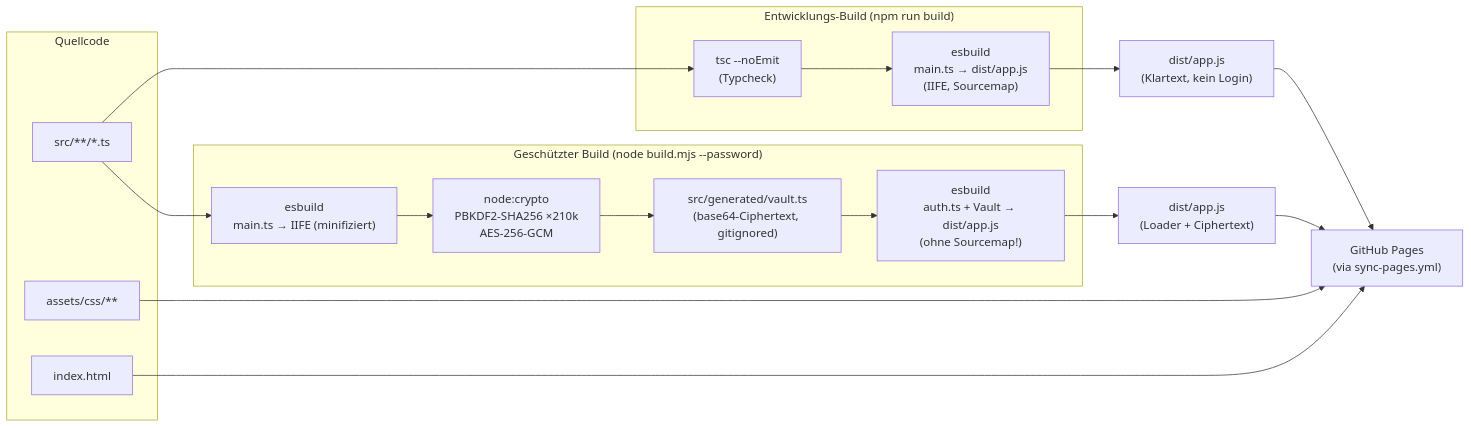
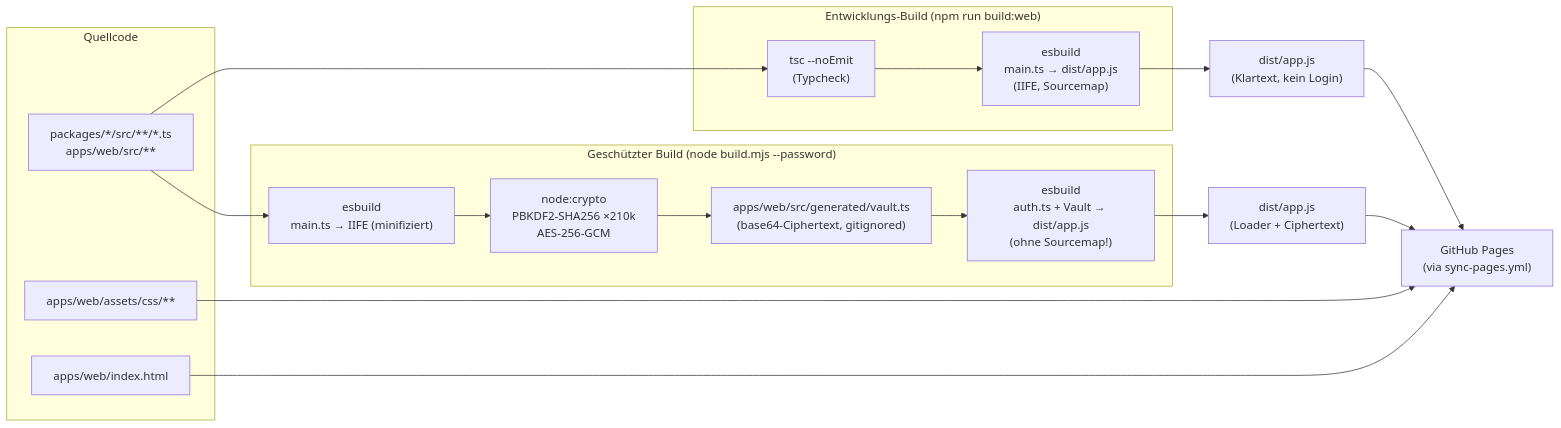
The second of 5 diagrams in docs/ARCHITECTURE.md (MaxHambi/Lager-etiket), drawn with Mermaid before and after one commit. The commit also changed other lines of this file and 77 other files, not shown here.

````diff
--- a/docs/ARCHITECTURE.md
+++ b/docs/ARCHITECTURE.md
@@ -103,34 +104,34 @@
 ```mermaid
 flowchart LR
     subgraph Quellcode
-        SRC["src/**/*.ts"]
-        CSS["assets/css/**"]
-        HTML["index.html"]
+        SRC["packages/*/src/**/*.ts<br/>apps/web/src/**"]
+        CSS["apps/web/assets/css/**"]
+        HTML["apps/web/index.html"]
     end
 
-    subgraph Entwicklung["Entwicklungs-Build (npm run build)"]
+    subgraph Entwicklung["Entwicklungs-Build (npm run build:web)"]
         TSC["tsc --noEmit<br/>(Typcheck)"]
         DEV["esbuild<br/>main.ts → dist/app.js<br/>(IIFE, Sourcemap)"]
     end
 
     subgraph Geschützt["Geschützter Build (node build.mjs --password)"]
         MIN["esbuild<br/>main.ts → IIFE (minifiziert)"]
         ENC["node:crypto<br/>PBKDF2-SHA256 ×210k<br/>AES-256-GCM"]
-        VAULT["src/generated/vault.ts<br/>(base64-Ciphertext, gitignored)"]
+        VAULT["apps/web/src/generated/vault.ts<br/>(base64-Ciphertext, gitignored)"]
         LOADER["esbuild<br/>auth.ts + Vault → dist/app.js<br/>(ohne Sourcemap!)"]
     end
 
     SRC --> TSC
     TSC --> DEV
     DEV --> PLAIN["dist/app.js<br/>(Klartext, kein Login)"]
 
     SRC --> MIN
     MIN --> ENC
     ENC --> VAULT
     VAULT --> LOADER
     LOADER --> CIPHER["dist/app.js<br/>(Loader + Ciphertext)"]
 
     PLAIN & CIPHER --> GH["GitHub Pages<br/>(via sync-pages.yml)"]
     CSS --> GH
     HTML --> GH
 ```
````
